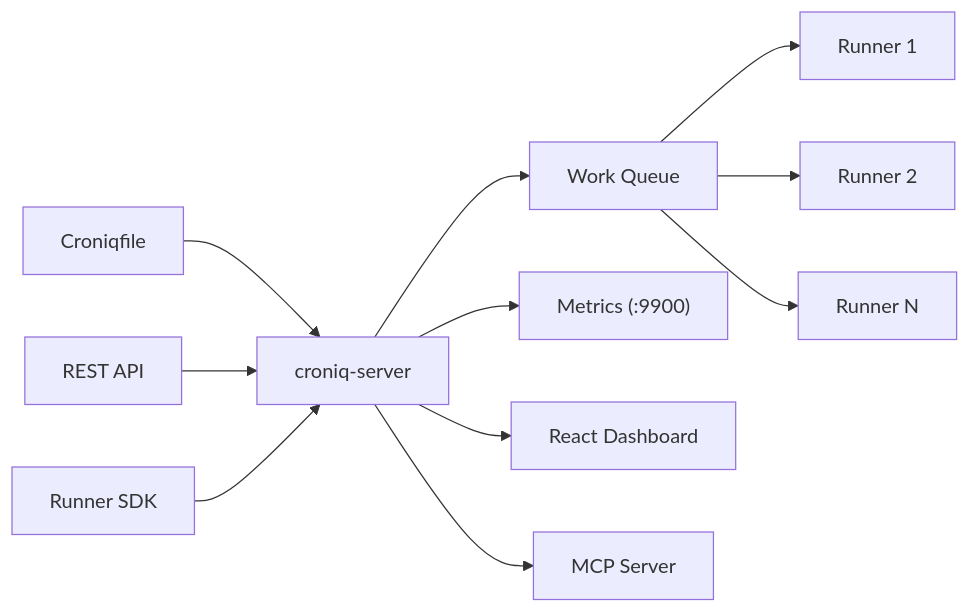
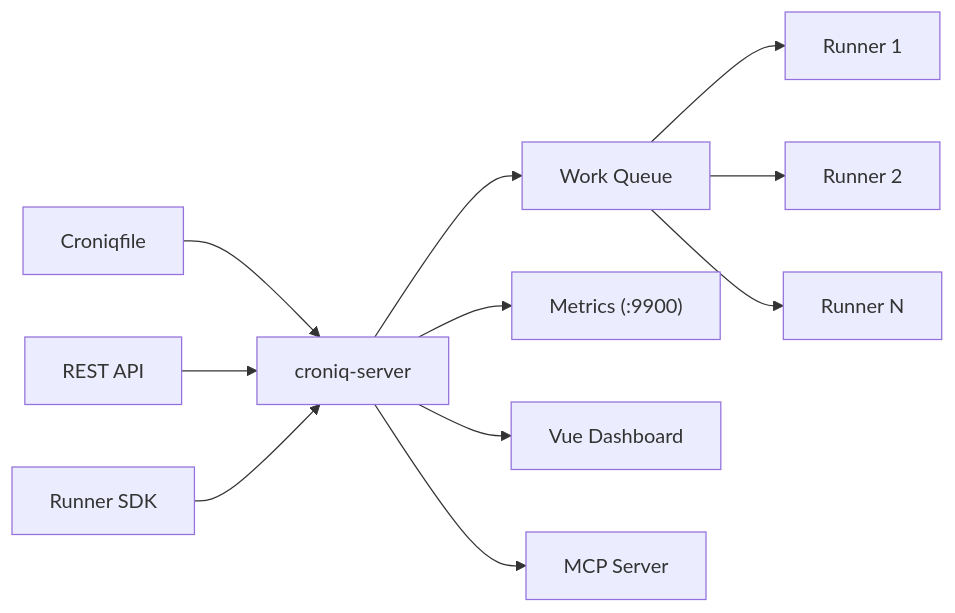
One commit to nuetzliches/croniq changed the diagram in README.md. Above: the diagram before and after it, drawn with Mermaid. The commit also changed other lines of this file and 173 other files, not shown here.

First line of the commit message:
feat(ui)!: cut over to the Vue dashboard and remove the React tree (#640)

````diff
--- a/README.md
+++ b/README.md
@@ -607,13 +607,13 @@
 ```mermaid
 graph LR
     CF[Croniqfile] --> S[croniq-server]
     API[REST API] --> S
     SDK[Runner SDK] --> S
     S --> Q[Work Queue]
     Q --> R1[Runner 1]
     Q --> R2[Runner 2]
     Q --> R3[Runner N]
     S --> M["Metrics (:9900)"]
-    S --> UI[React Dashboard]
+    S --> UI[Vue Dashboard]
     S --> MCP[MCP Server]
 ```
````
